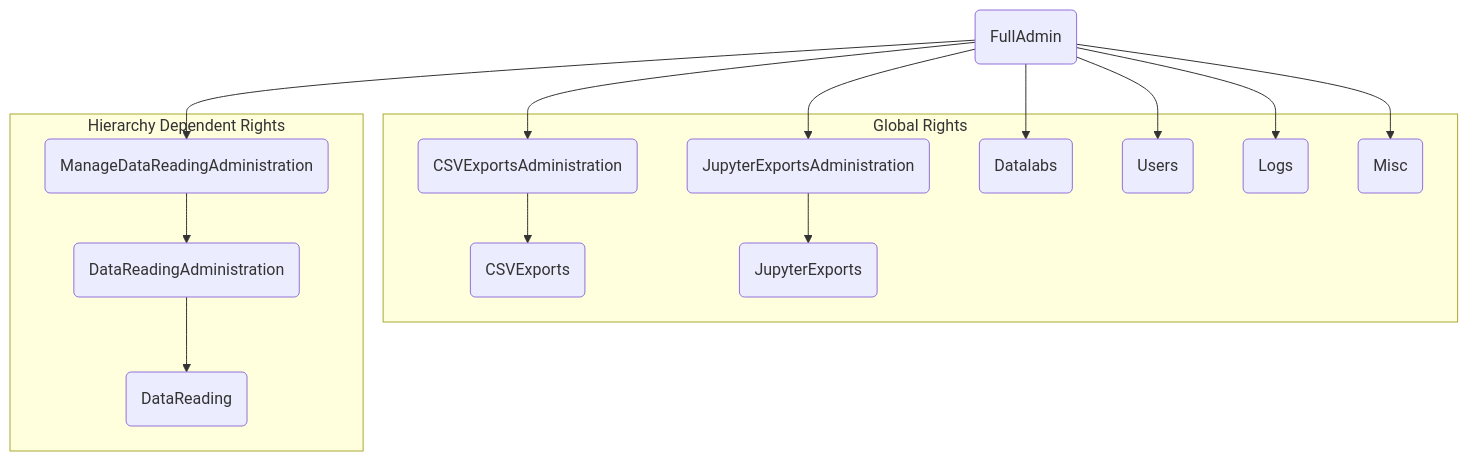
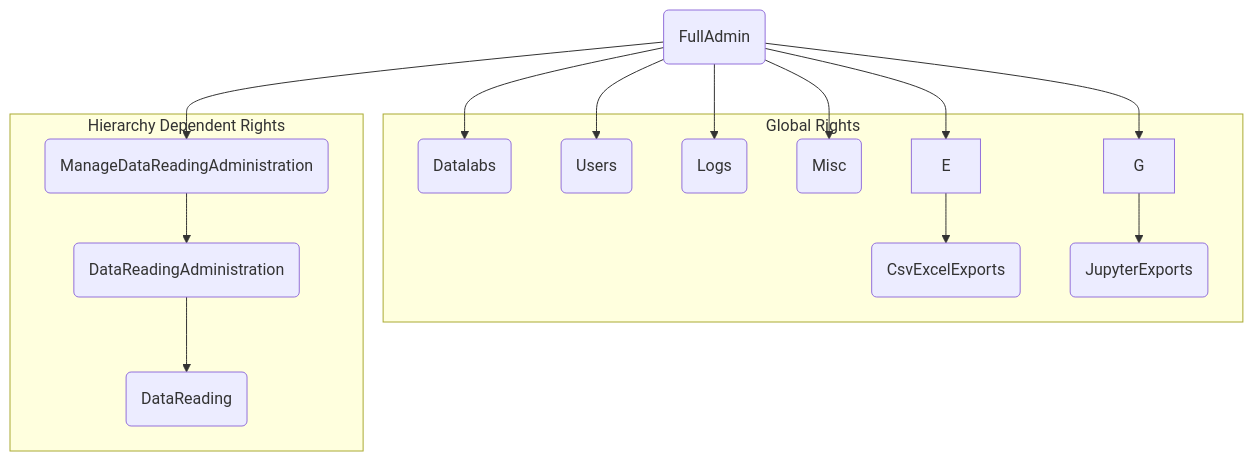
One commit to aphp/Cohort360-Back-end changed the first of 2 diagrams in .docs/rights_schema.md. Above: the diagram before and after it, drawn with Mermaid. The commit also changed other lines of this file and 30 other files, not shown here.

````diff
--- a/.docs/rights_schema.md
+++ b/.docs/rights_schema.md
@@ -1,40 +1,42 @@
 ```mermaid
   graph TD
       A(FullAdmin)
       
       B(ManageDataReadingAdministration)
       C(DataReadingAdministration)
       D(DataReading)
 
-      E(CSVExportsAdministration)
-      F(CSVExports)
+      B(ManageDataReadingAdministration)
+      C(DataReadingAdministration)
+      F(CsvExcelExports)
 
-      G(JupyterExportsAdministration)
+      B(ManageDataReadingAdministration)
+      C(DataReadingAdministration)
       H(JupyterExports)
 
       I(Datalabs)
       J(Users)
       K(Logs)
       L(Misc)
       
       A-->E
       A-->G
       A-->I
       A-->J
       A-->K
       A-->L
       subgraph "Global Rights"
       G-->H
       E-->F
       I
       J
       K
       L
       end
       
       A-->B
       subgraph "Hierarchy Dependent Rights"
       B-->C
       C-->D      
       end      
 ```
````
